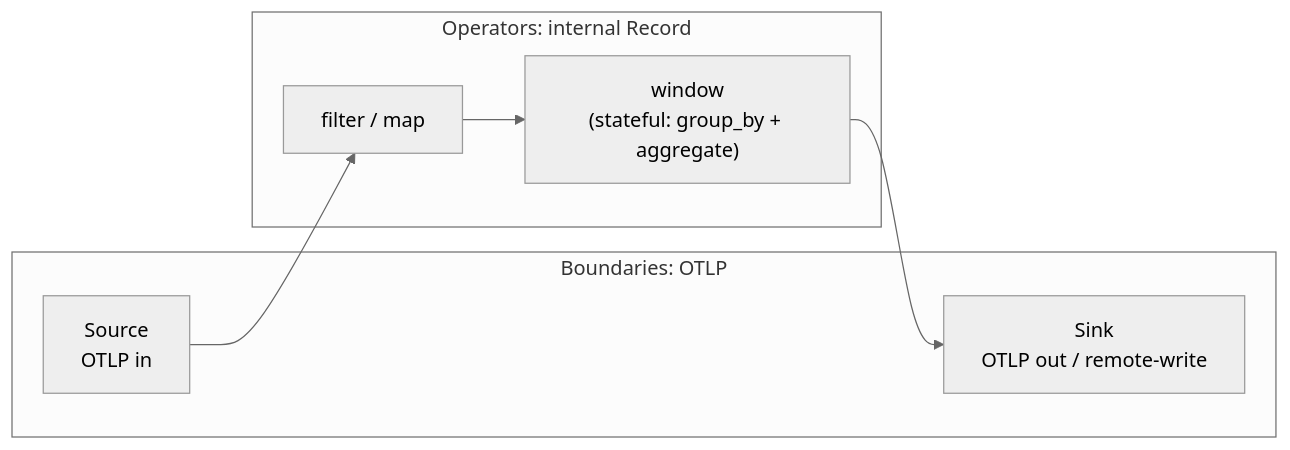
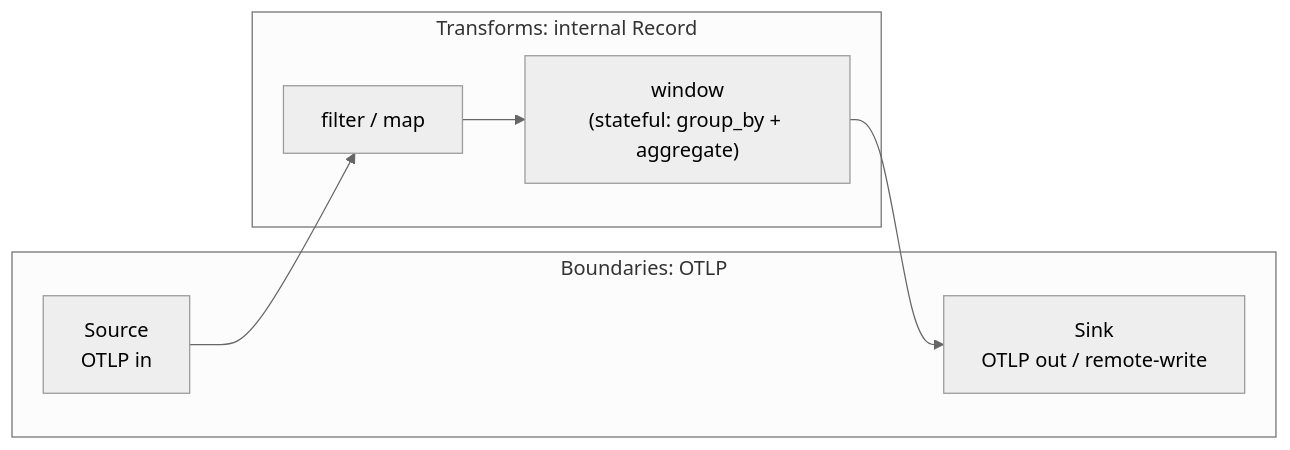
The first of 4 diagrams in DESIGN.md (headrace-rs/headrace), drawn with Mermaid (neutral theme) before and after one commit. The commit also changed other lines of this file and 12 other files, not shown here.

First line of the commit message:
refactor: rename operators to transforms (ADR-0006)

````diff
--- a/DESIGN.md
+++ b/DESIGN.md
@@ -27,12 +27,12 @@
 ```mermaid
 flowchart LR
   subgraph edge[Boundaries: OTLP]
     src[Source<br/>OTLP in]
     snk[Sink<br/>OTLP out / remote-write]
   end
-  subgraph proc[Operators: internal Record]
+  subgraph proc[Transforms: internal Record]
     f[filter / map]
     w["window<br/>(stateful: group_by + aggregate)"]
   end
   src --> f --> w --> snk
 ```
````
